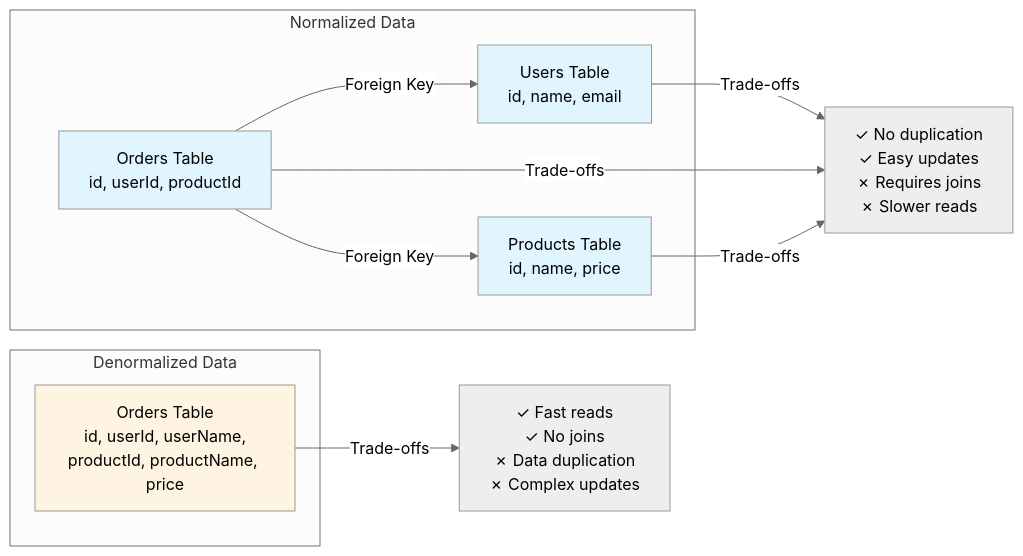
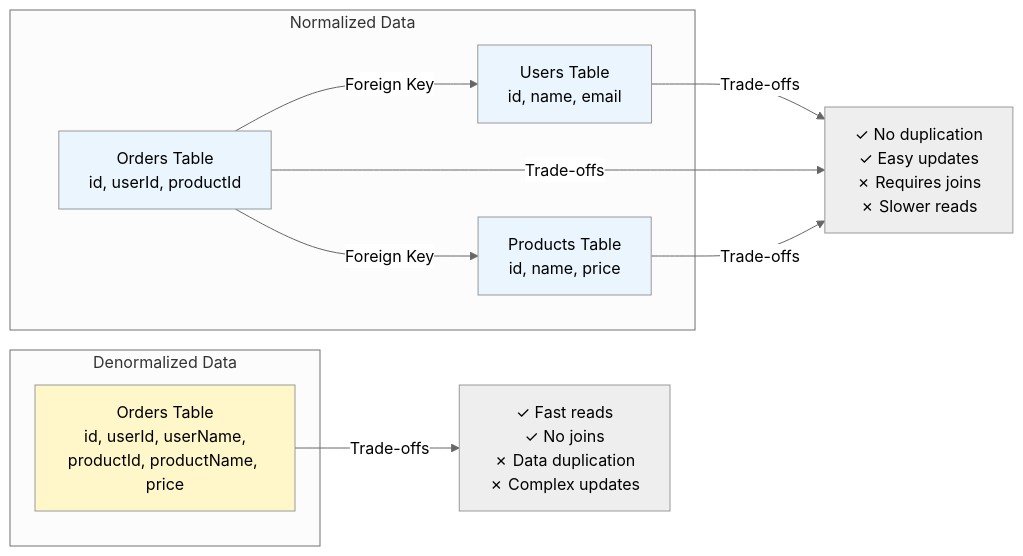
One commit to cartmancodes/InterviewVault changed the sixth of 34 diagrams in LLD/CoreConcepts/CoreConcepts.md. Above: the diagram before and after it, drawn with Mermaid (neutral theme). The commit also changed other lines of this file and 679 other files, not shown here.

Commit message:
Unify content diagrams and add accessible visual walkthroughs

````diff
--- a/LLD/CoreConcepts/CoreConcepts.md
+++ b/LLD/CoreConcepts/CoreConcepts.md
@@ -254,24 +254,24 @@
 ```mermaid
 graph LR
     subgraph "Normalized Data"
         UT[Users Table<br/>id, name, email]
         OT[Orders Table<br/>id, userId, productId]
         PT[Products Table<br/>id, name, price]
         
         OT -->|Foreign Key| UT
         OT -->|Foreign Key| PT
     end
     
     subgraph "Denormalized Data"
         OTD[Orders Table<br/>id, userId, userName,<br/>productId, productName, price]
     end
     
     UT & OT & PT -->|Trade-offs| T1[✓ No duplication<br/>✓ Easy updates<br/>✗ Requires joins<br/>✗ Slower reads]
     
     OTD -->|Trade-offs| T2[✓ Fast reads<br/>✓ No joins<br/>✗ Data duplication<br/>✗ Complex updates]
     
-    style UT fill:#e1f5ff
-    style OT fill:#e1f5ff
-    style PT fill:#e1f5ff
-    style OTD fill:#fff4e1
+    style UT fill:#EAF5FD
+    style OT fill:#EAF5FD
+    style PT fill:#EAF5FD
+    style OTD fill:#FFF6C9
 ```
````
